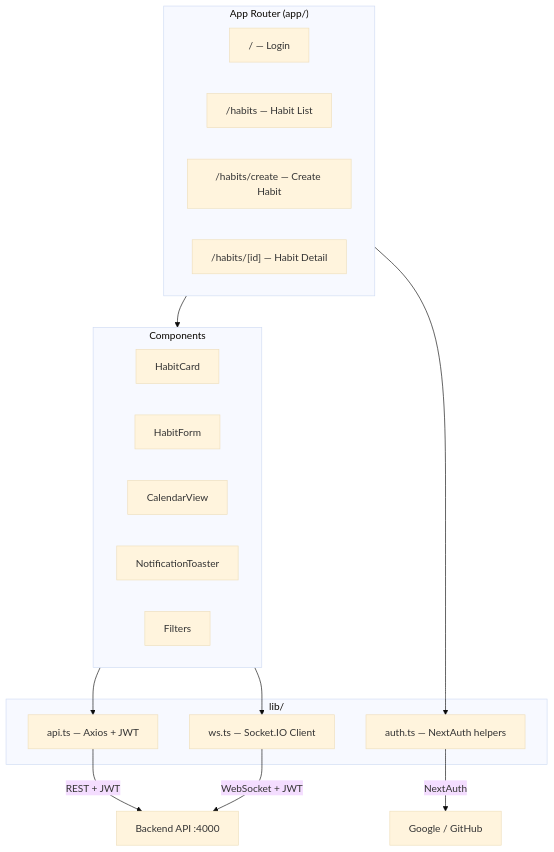
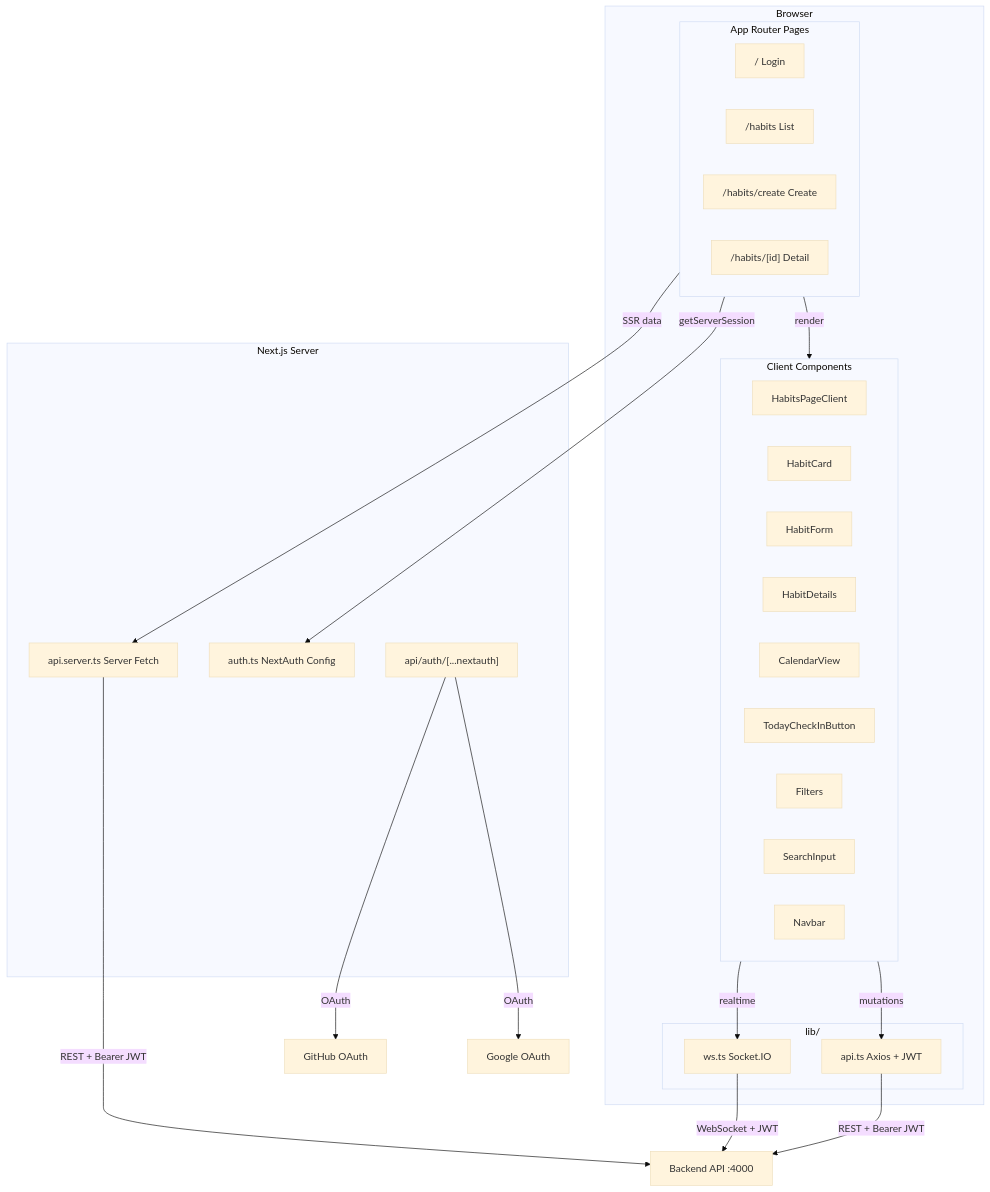
The first of 3 diagrams in frontend/README.md (1K0t/habit-tracker-with-streaks), drawn with Mermaid (base theme) before and after one commit. The commit also changed other lines of this file and 33 other files, not shown here.

````diff
--- a/frontend/README.md
+++ b/frontend/README.md
@@ -17,28 +21,47 @@
 ```mermaid
 graph TD
-    subgraph Pages["App Router (app/)"]
-        Login["/ — Login"]
-        List["/habits — Habit List"]
-        Create["/habits/create — Create Habit"]
-        Detail["/habits/[id] — Habit Detail"]
+    subgraph Browser["Browser"]
+        subgraph Pages["App Router Pages"]
+            Login["/ Login"]
+            List["/habits List"]
+            Create["/habits/create Create"]
+            Detail["/habits/[id] Detail"]
+        end
+
+        subgraph ClientComponents["Client Components"]
+            HabitsPage["HabitsPageClient"]
+            HabitCard
+            HabitForm
+            HabitDetails
+            CalendarView
+            TodayCheckIn["TodayCheckInButton"]
+            Filters
+            SearchInput
+            Navbar
+        end
+
+        subgraph Lib["lib/"]
+            APIClient["api.ts Axios + JWT"]
+            WSClient["ws.ts Socket.IO"]
+        end
     end
 
-    subgraph Components
-        HabitCard
-        HabitForm
-        CalendarView
-        NotificationToaster
-        Filters
+    subgraph Server["Next.js Server"]
+        ServerFetch["api.server.ts Server Fetch"]
+        AuthLib["auth.ts NextAuth Config"]
+        AuthRoute["api/auth/[...nextauth]"]
     end
 
-    subgraph Services["lib/"]
-        APIClient["api.ts — Axios + JWT"]
-        WSClient["ws.ts — Socket.IO Client"]
-        AuthLib["auth.ts — NextAuth helpers"]
-    end
+    Pages -->|"render"| ClientComponents
+    Pages -->|"getServerSession"| AuthLib
+    Pages -->|"SSR data"| ServerFetch
 
-    Pages --> Components
-    Components --> APIClient -->|REST + JWT| Backend["Backend API :4000"]
-    Components --> WSClient -->|WebSocket + JWT| Backend
-    Pages --> AuthLib -->|NextAuth| OAuth["Google / GitHub"]
+    ClientComponents -->|"mutations"| APIClient
+    ClientComponents -->|"realtime"| WSClient
+
+    APIClient -->|"REST + Bearer JWT"| Backend["Backend API :4000"]
+    ServerFetch -->|"REST + Bearer JWT"| Backend
+    WSClient -->|"WebSocket + JWT"| Backend
+    AuthRoute -->|"OAuth"| Google["Google OAuth"]
+    AuthRoute -->|"OAuth"| GitHub["GitHub OAuth"]
 ```
````
